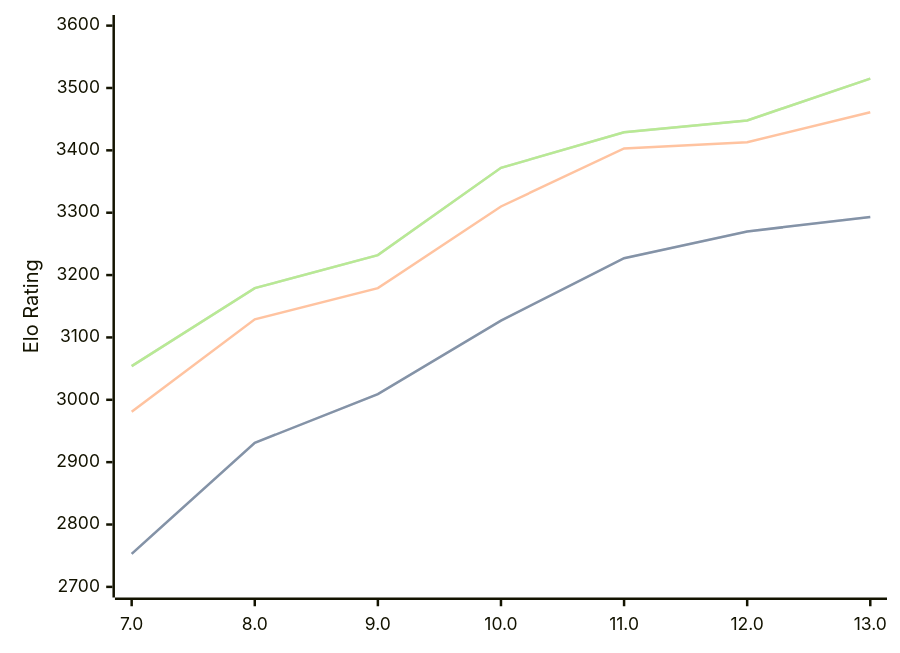
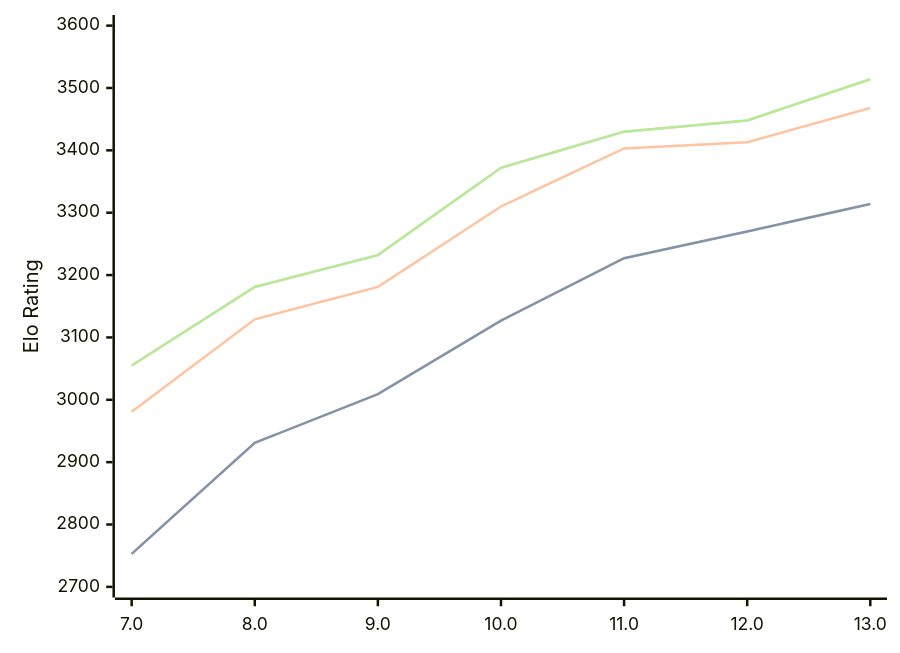
One commit to computer-chess-index/cci changed the diagram in engines/Tcheran.md. Above: the diagram before and after it, drawn with Mermaid. The commit also changed other lines of this file, not shown here.

Commit message:
Update CCI Ratings (ELO VLTC) - 2026-07-20

````diff
--- a/engines/Tcheran.md
+++ b/engines/Tcheran.md
@@ -51,11 +51,11 @@
 ```mermaid
 %%{init: {"theme":"base","themeVariables":{"seriesColors:['#a3a3a3','#222221','#faa371']}}}%%
 xychart-beta
   x-axis ["7.0", "8.0", "9.0", "10.0", "11.0", "12.0", "13.0"]
   y-axis "Elo Rating" 2700 --> 3600
-  line "STC (8.0+0.08s)" [2753, 2931, 3009, 3127, 3227, 3270, 3293]
-  line "STC (8.0+0.08s)" [2753, 2931, 3009, 3127, 3227, 3270, 3293]
-  line "LTC (60.0+0.60s)" [2981, 3129, 3179, 3310, 3403, 3413, 3461]
-  line "VLTC (2m24s+1.12s)" [3054, 3179, 3232, 3372, 3429, 3448, 3515]
-  line "VLTC (2m24s+1.12s)" [3054, 3179, 3232, 3372, 3429, 3448, 3515]
+  line "STC (8.0+0.08s)" [2753, 2931, 3009, 3127, 3227, 3270, 3314]
+  line "STC (8.0+0.08s)" [2753, 2931, 3009, 3127, 3227, 3270, 3314]
+  line "LTC (60.0+0.60s)" [2981, 3129, 3181, 3310, 3403, 3413, 3468]
+  line "VLTC (2m24s+1.12s)" [3055, 3181, 3232, 3372, 3430, 3448, 3514]
+  line "VLTC (2m24s+1.12s)" [3055, 3181, 3232, 3372, 3430, 3448, 3514]
 ```
````
